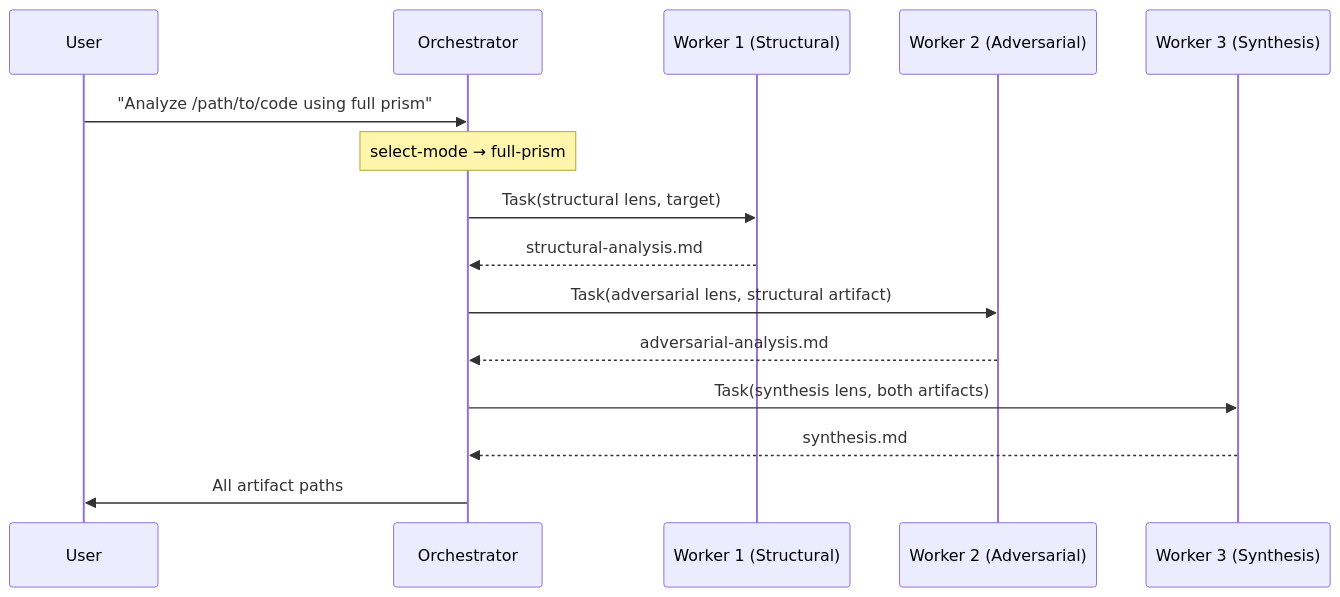
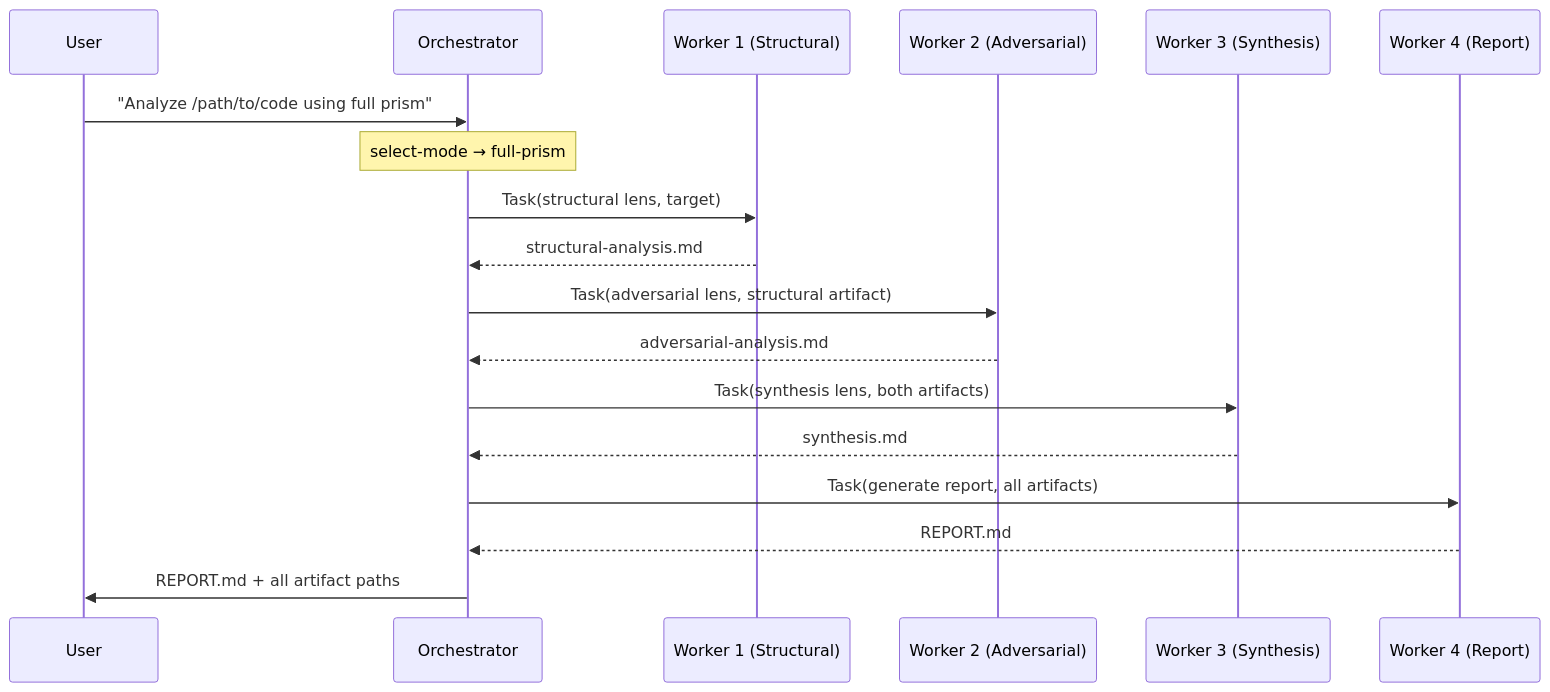
Before and after one commit to m2ux/workflow-server: the second of 2 diagrams in prism/README.md, drawn with Mermaid. The commit also changed other lines of this file and 8 other files, not shown here.

First line of the commit message:
feat(prism): add generate-report activity for clean final report output

````diff
--- a/prism/README.md
+++ b/prism/README.md
@@ -206,22 +209,26 @@
 ```mermaid
 sequenceDiagram
     participant User
     participant Orch as Orchestrator
     participant W1 as Worker 1 (Structural)
     participant W2 as Worker 2 (Adversarial)
     participant W3 as Worker 3 (Synthesis)
+    participant W4 as Worker 4 (Report)
 
     User->>Orch: "Analyze /path/to/code using full prism"
     Note over Orch: select-mode → full-prism
 
     Orch->>W1: Task(structural lens, target)
     W1-->>Orch: structural-analysis.md
 
     Orch->>W2: Task(adversarial lens, structural artifact)
     W2-->>Orch: adversarial-analysis.md
 
     Orch->>W3: Task(synthesis lens, both artifacts)
     W3-->>Orch: synthesis.md
 
-    Orch->>User: All artifact paths
+    Orch->>W4: Task(generate report, all artifacts)
+    W4-->>Orch: REPORT.md
+
+    Orch->>User: REPORT.md + all artifact paths
 ```
````
